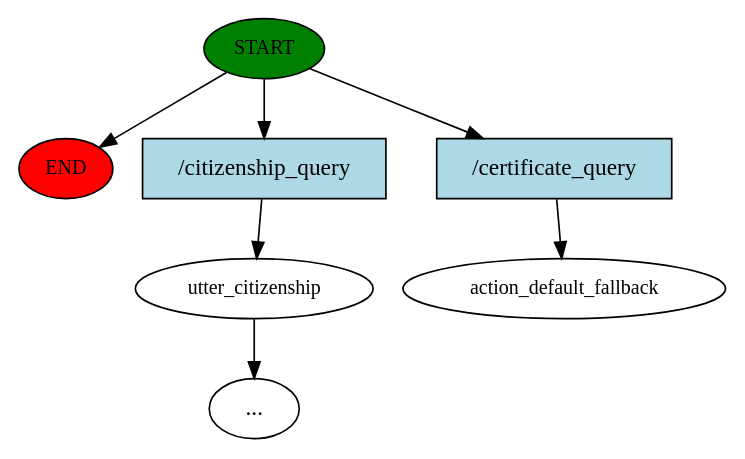
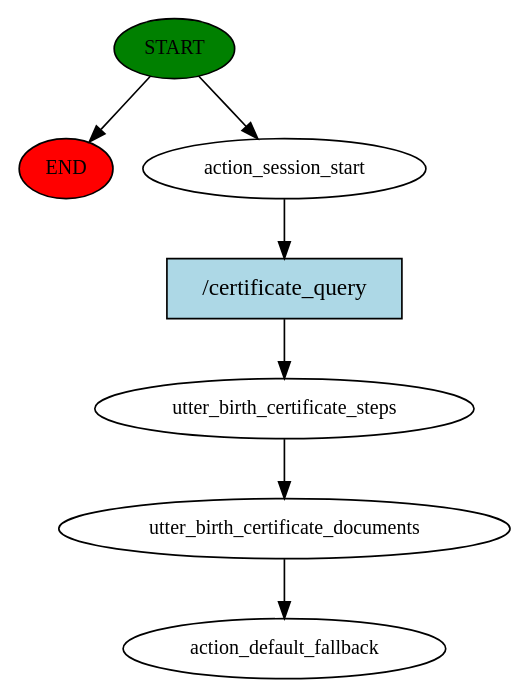
Before and after one commit to PiyushLuitel-07/Samadhan-A-Local-Government-Service-QueryBot: the diagram in story_graph.dot, drawn with Graphviz. The commit also changed 167 other files, not shown here.

```diff
--- a/story_graph.dot
+++ b/story_graph.dot
@@ -1,15 +1,15 @@
 digraph  {
 0 [class="start active", fillcolor=green, fontsize=12, label=START, style=filled];
 "-1" [class=end, fillcolor=red, fontsize=12, label=END, style=filled];
-1 [class="", fontsize=12, label=utter_citizenship];
-"-5" [class=ellipsis, label="..."];
+1 [class=active, fontsize=12, label=action_session_start];
+2 [class=active, fontsize=12, label=utter_birth_certificate_steps];
+3 [class=active, fontsize=12, label=utter_birth_certificate_documents];
 4 [class="dashed active", fontsize=12, label=action_default_fallback];
-5 [class=intent, fillcolor=lightblue, label="/citizenship_query", shape=rect, style=filled];
-6 [class="intent active", fillcolor=lightblue, label="/certificate_query", shape=rect, style=filled];
+5 [class="intent active", fillcolor=lightblue, label="/certificate_query", shape=rect, style=filled];
 0 -> "-1"  [class="", key=NONE, label=""];
-0 -> 5  [class="", key=0];
-0 -> 6  [class=active, key=0];
-1 -> "-5"  [class="", key=NONE, label=""];
-5 -> 1  [class="", key=0];
-6 -> 4  [class=active, key=0];
+0 -> 1  [class=active, key=NONE, label=""];
+1 -> 5  [class=active, key=0];
+2 -> 3  [class=active, key=NONE, label=""];
+3 -> 4  [class=active, key=NONE, label=""];
+5 -> 2  [class=active, key=0];
 }
```
